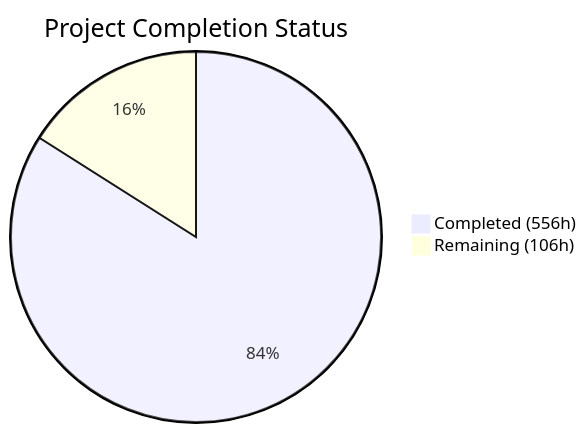
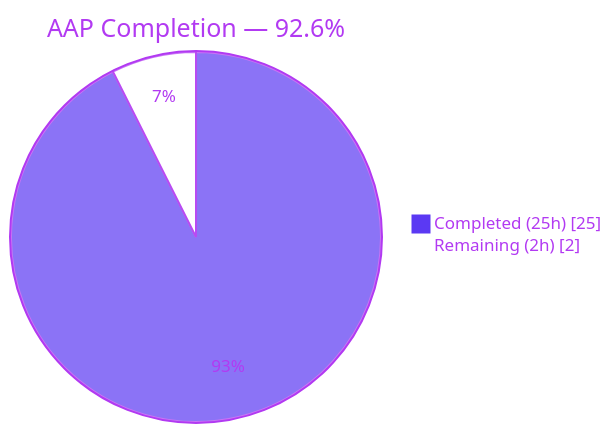
The first of 3 diagrams in blitzy/documentation/Project Guide.md (blitzy-public-samples/blitzy-dnsmasq), drawn with Mermaid before and after one commit. The commit also changed other lines of this file, not shown here.

Commit message:
Adding Blitzy Project Guide: Project Status and Human Tasks Remaining

````diff
--- a/blitzy/documentation/Project Guide.md
+++ b/blitzy/documentation/Project Guide.md
@@ -13,5 +17,6 @@
 ```mermaid
-pie title Project Completion Status
-    "Completed (556h)" : 556
-    "Remaining (106h)" : 106
+%%{init: {"theme":"base","themeVariables":{"pie1":"#5B39F3","pie2":"#FFFFFF","pieStrokeColor":"#B23AF2","pieOuterStrokeColor":"#B23AF2","pieTitleTextColor":"#B23AF2","pieSectionTextColor":"#B23AF2","pieLegendTextColor":"#B23AF2"}}}%%
+pie showData title AAP Completion — 92.6%
+    "Completed (25h)" : 25
+    "Remaining (2h)" : 2
 ```
````
